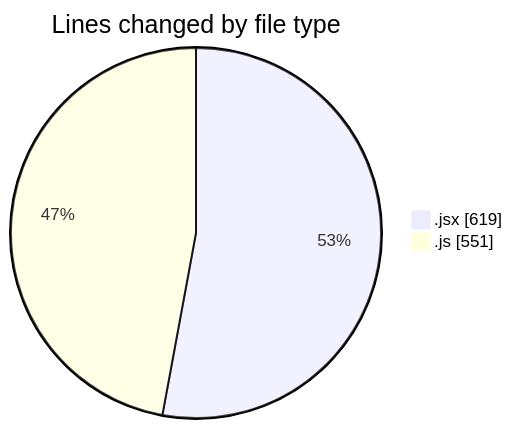
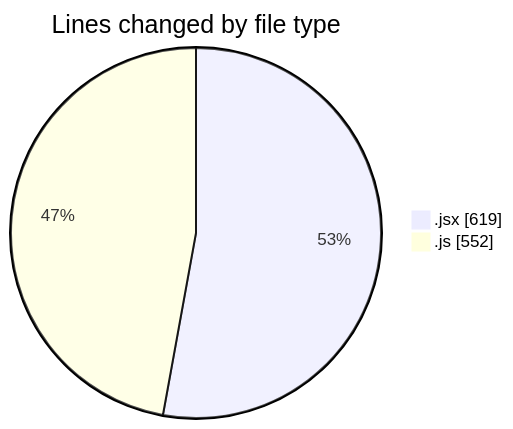
One commit to nxtqubesakshisongat/code-tracking changed the first of 2 diagrams in 2025-11-14/argos/README.md. Above: the diagram before and after it, drawn with Mermaid. The commit also changed other lines of this file and 1 other file, not shown here.

````diff
--- a/2025-11-14/argos/README.md
+++ b/2025-11-14/argos/README.md
@@ -24,6 +24,6 @@
 ```mermaid
 pie showData
 title Lines changed by file type
 ".jsx" : 619
-".js" : 551
+".js" : 552
 ```
````
